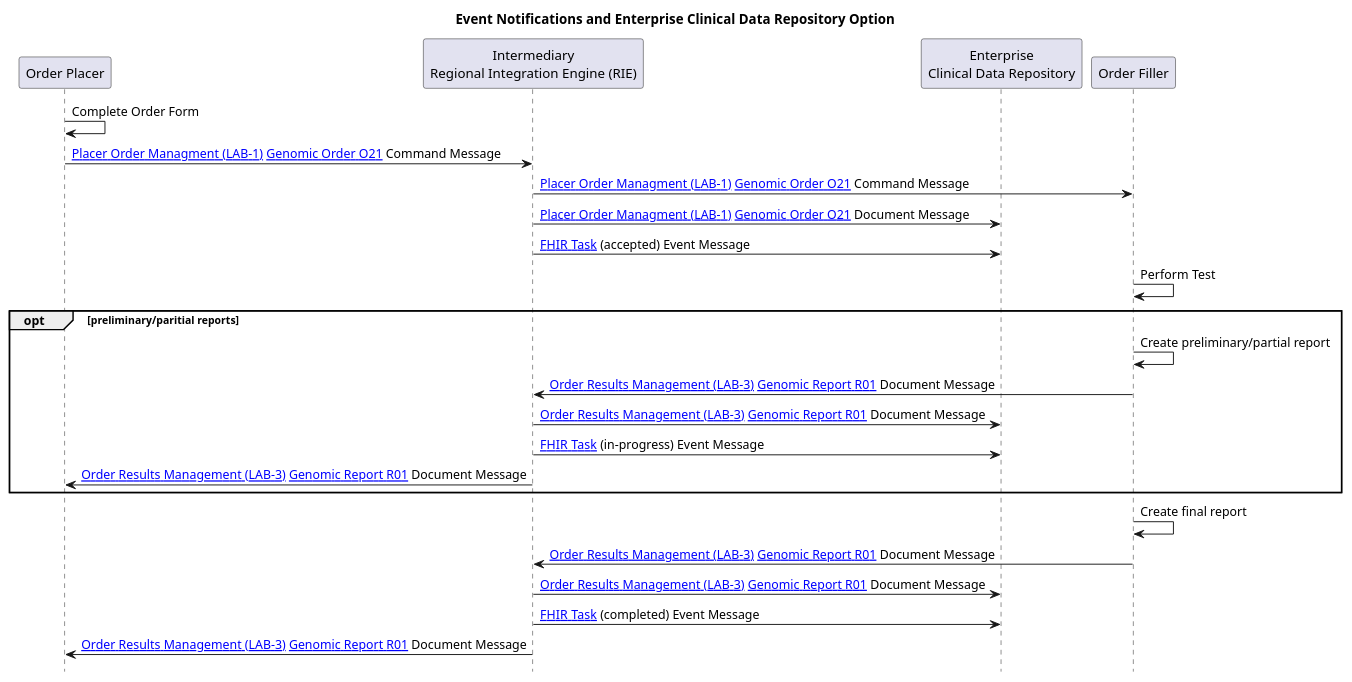
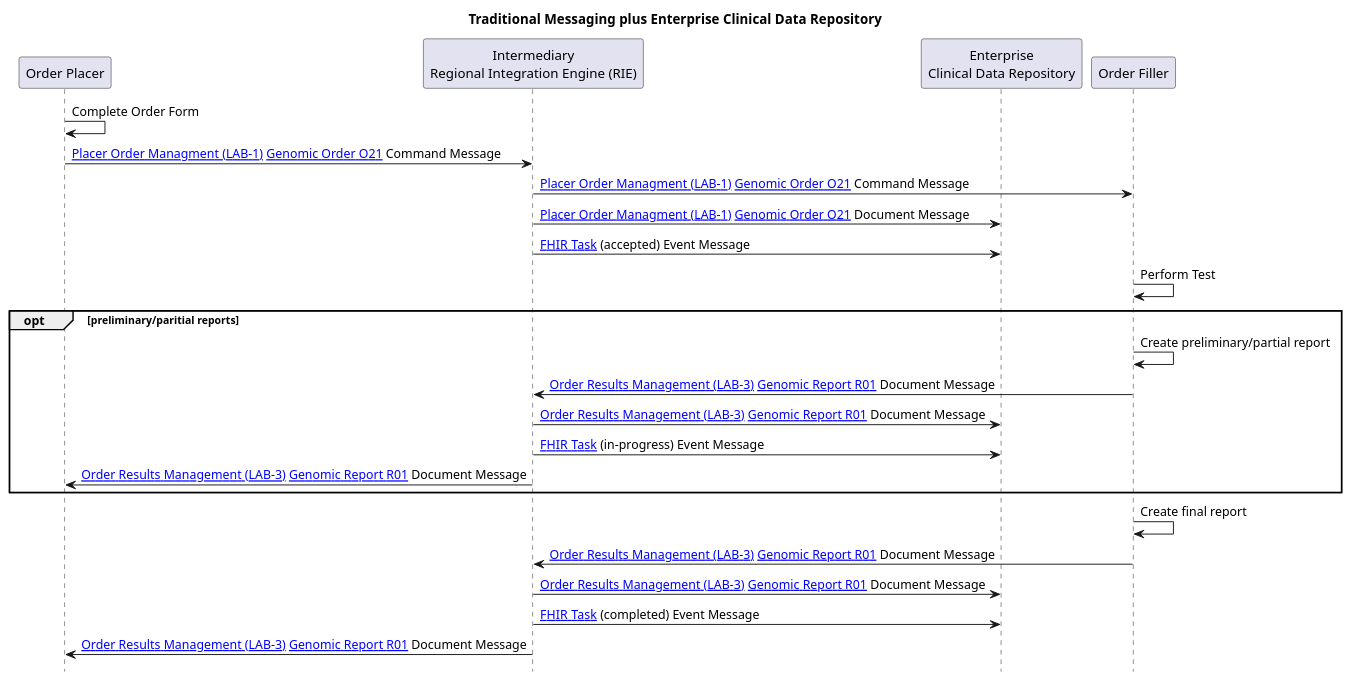
The diagram in input/images-source/LTW-cdr-sequence.plantuml (nw-gmsa/nw-gmsa.github.com), drawn with PlantUML before and after one commit. The commit also changed 4 other files, not shown here.

```diff
--- a/input/images-source/LTW-cdr-sequence.plantuml
+++ b/input/images-source/LTW-cdr-sequence.plantuml
@@ -1,39 +1,39 @@
 @startuml
 
 skinparam svgDimensionStyle false
 
 hide footbox
 
-title "Event Notifications and Enterprise Clinical Data Repository Option"
+title "Traditional Messaging plus Enterprise Clinical Data Repository"
 
 participant "Order Placer" as EPR
 participant "Intermediary\nRegional Integration Engine (RIE)" as TIE
 participant "Enterprise\nClinical Data Repository" as CDR
 participant "Order Filler" as LIMS
 
 
 EPR -> EPR: Complete Order Form
 EPR -> TIE: [[LAB-1.html Placer Order Managment (LAB-1)]] [[DDD-TestOrder.html Genomic Order O21]] Command Message
 TIE -> LIMS: [[LAB-1.html Placer Order Managment (LAB-1)]] [[DDD-TestOrder.html Genomic Order O21]] Command Message
 TIE -> CDR: [[LAB-1.html Placer Order Managment (LAB-1)]] [[DDD-TestOrder.html Genomic Order O21]] Document Message
 TIE -> CDR: [[StructureDefinition-Task.html FHIR Task]] (accepted) Event Message
 
 LIMS -> LIMS: Perform Test
 
 opt preliminary/paritial reports
 LIMS -> LIMS: Create preliminary/partial report
 LIMS -> TIE: [[LAB-3.html Order Results Management (LAB-3)]] [[DDD-TestReport.html Genomic Report R01]] Document Message
 TIE -> CDR: [[LAB-3.html Order Results Management (LAB-3)]] [[DDD-TestReport.html Genomic Report R01]] Document Message
 TIE -> CDR: [[StructureDefinition-Task.html FHIR Task]] (in-progress) Event Message
 TIE -> EPR: [[LAB-3.html Order Results Management (LAB-3)]] [[DDD-TestReport.html Genomic Report R01]] Document Message
 
 end
 
 LIMS -> LIMS: Create final report
 LIMS -> TIE: [[LAB-3.html Order Results Management (LAB-3)]] [[DDD-TestReport.html Genomic Report R01]] Document Message
 TIE -> CDR: [[LAB-3.html Order Results Management (LAB-3)]] [[DDD-TestReport.html Genomic Report R01]] Document Message
 TIE -> CDR: [[StructureDefinition-Task.html FHIR Task]] (completed) Event Message
 
 TIE -> EPR: [[LAB-3.html Order Results Management (LAB-3)]] [[DDD-TestReport.html Genomic Report R01]] Document Message
 
 @enduml
```
